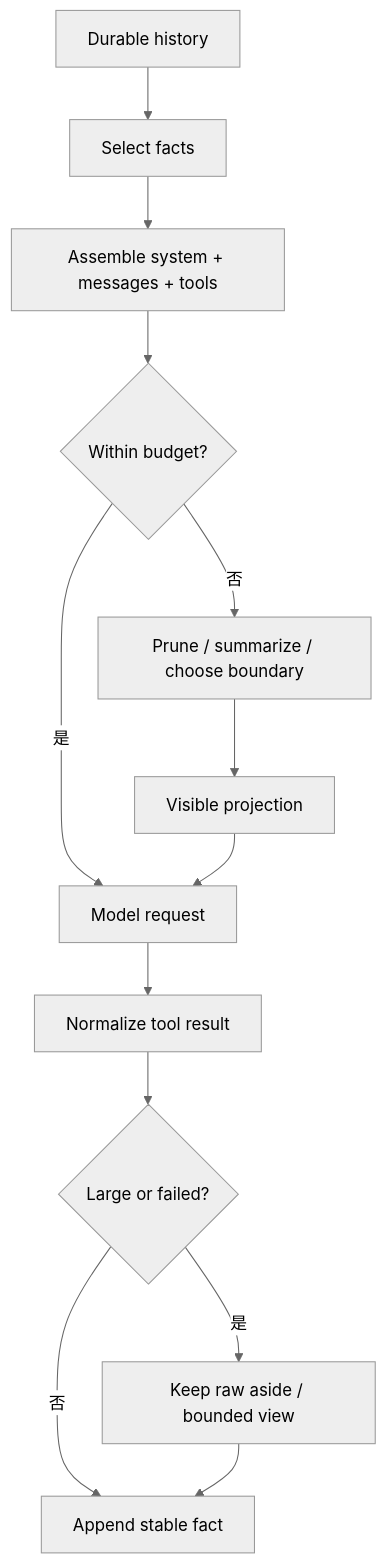
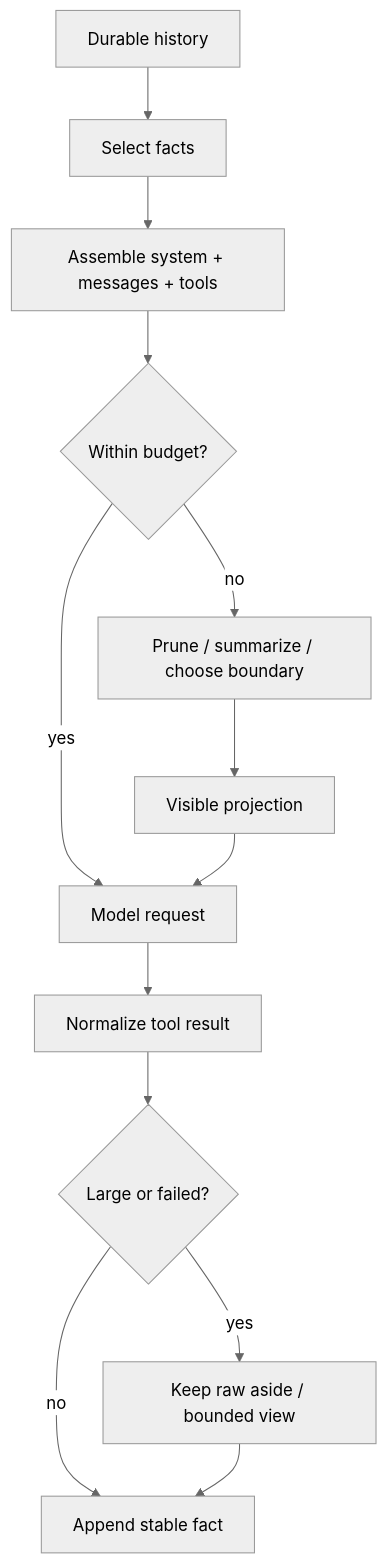
One commit to xiaoslin9153/awesome-agent-harness-tutorial changed the diagram in tutorial/zh-CN/04-comparisons/context.md. Above: the diagram before and after it, drawn with Mermaid (neutral theme). The commit also changed other lines of this file and 3 other files, not shown here.

````diff
--- a/tutorial/zh-CN/04-comparisons/context.md
+++ b/tutorial/zh-CN/04-comparisons/context.md
@@ -35,15 +49,15 @@
 ```mermaid
 flowchart TD
   A[Durable history] --> B[Select facts]
   B --> C[Assemble system + messages + tools]
   C --> D{Within budget?}
-  D -- 是 --> E[Model request]
-  D -- 否 --> F[Prune / summarize / choose boundary]
+  D -- yes --> E[Model request]
+  D -- no --> F[Prune / summarize / choose boundary]
   F --> G[Visible projection]
   G --> E
   E --> H[Normalize tool result]
   H --> I{Large or failed?}
-  I -- 是 --> J[Keep raw aside / bounded view]
-  I -- 否 --> K[Append stable fact]
+  I -- yes --> J[Keep raw aside / bounded view]
+  I -- no --> K[Append stable fact]
   J --> K
 ```
````
